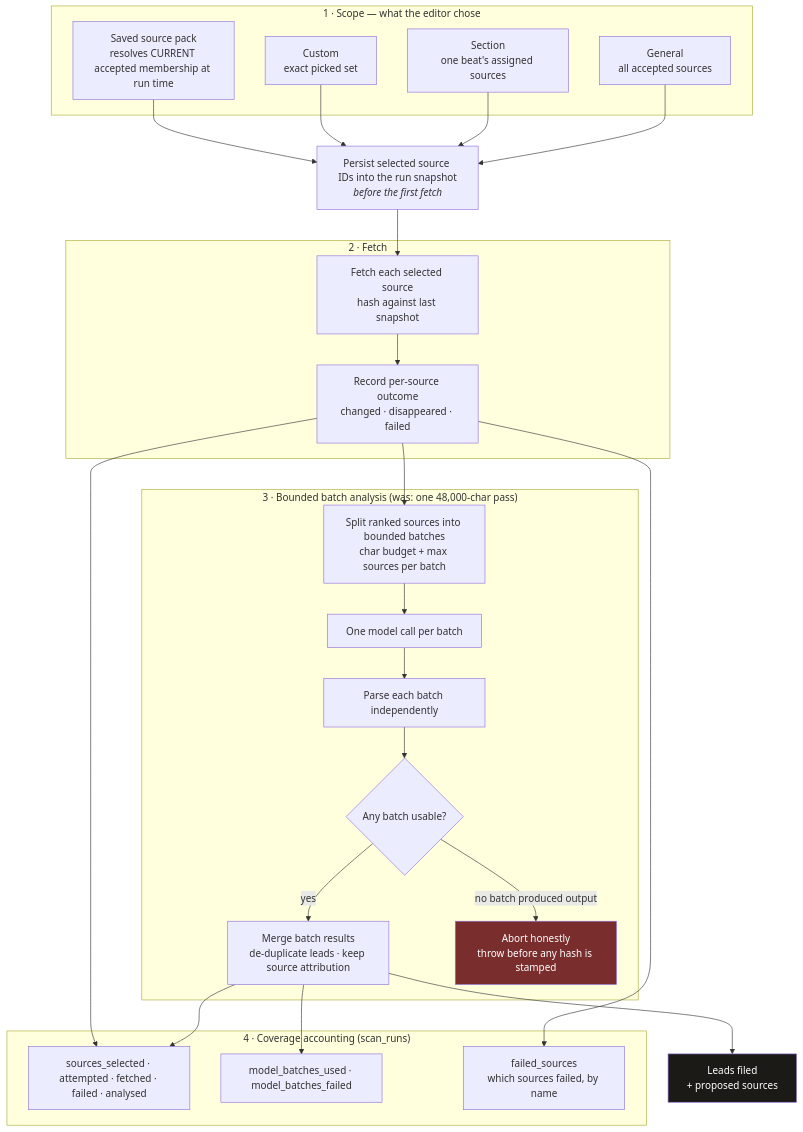
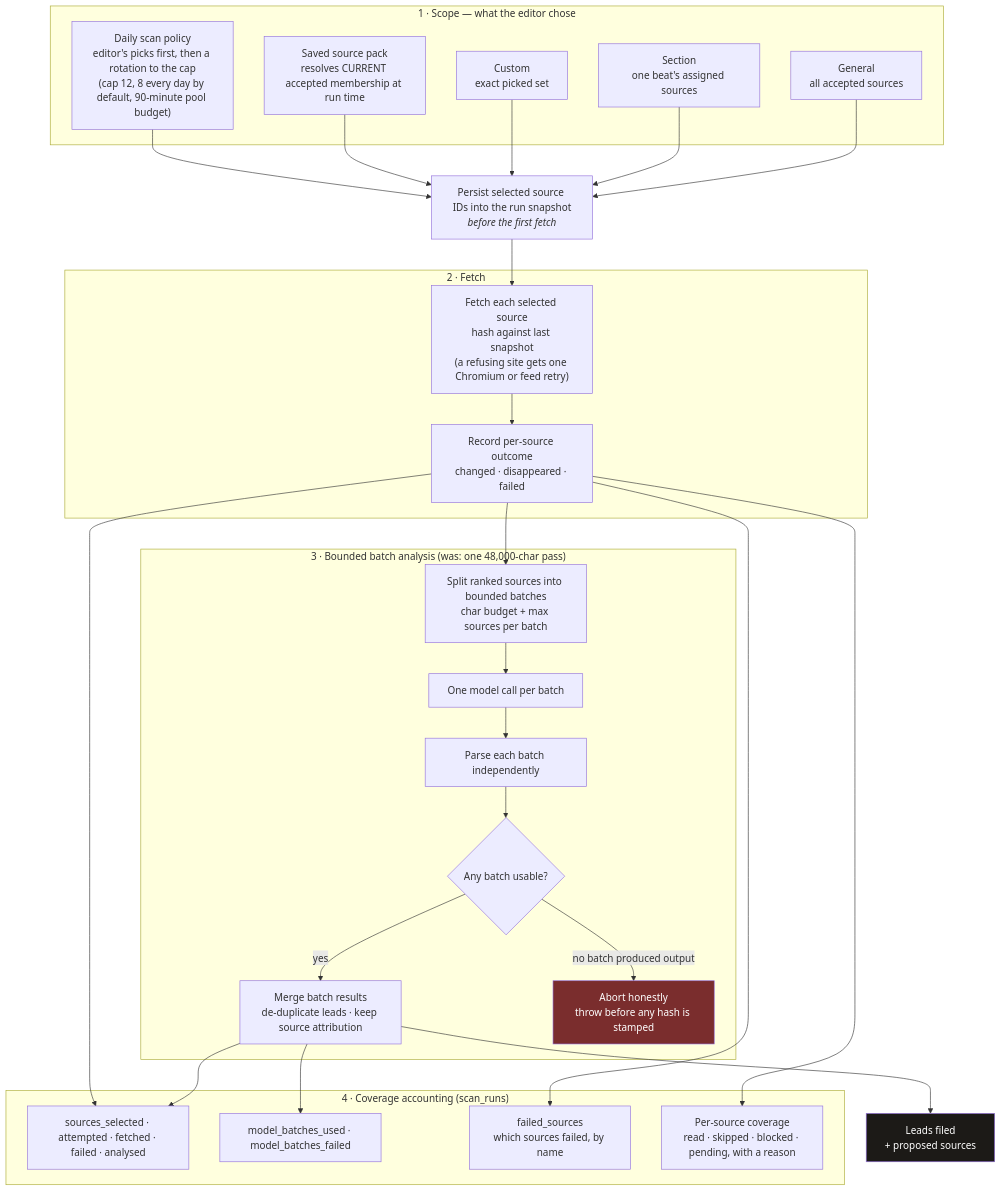
One commit to scottconverse/TownReporter changed the diagram in docs/diagrams/scan-overview.mmd. Above: the diagram before and after it, drawn with Mermaid. The commit also changed 51 other files, not shown here.

First line of the commit message:
docs: 0.6.84 release docs - full user manual, landing page, README, guides, diagrams

```diff
--- a/docs/diagrams/scan-overview.mmd
+++ b/docs/diagrams/scan-overview.mmd
@@ -1,52 +1,56 @@
 flowchart TB
     subgraph scope["1 · Scope — what the editor chose"]
         GEN["General<br/>all accepted sources"]
         SEC["Section<br/>one beat's assigned sources"]
         CUS["Custom<br/>exact picked set"]
         PACK["Saved source pack<br/>resolves CURRENT accepted membership at run time"]
+        DAILY["Daily scan policy<br/>editor's picks first, then a rotation to the cap<br/>(cap 12, 8 every day by default, 90-minute pool budget)"]
     end
 
     SNAP["Persist selected source IDs into the run snapshot<br/><i>before the first fetch</i>"]
 
     subgraph fetch["2 · Fetch"]
-        F1["Fetch each selected source<br/>hash against last snapshot"]
+        F1["Fetch each selected source<br/>hash against last snapshot<br/>(a refusing site gets one Chromium or feed retry)"]
         F2["Record per-source outcome<br/>changed · disappeared · failed"]
     end
 
     subgraph batch["3 · Bounded batch analysis (was: one 48,000-char pass)"]
         B1["Split ranked sources into bounded batches<br/>char budget + max sources per batch"]
         B2["One model call per batch"]
         B3["Parse each batch independently"]
         B4{"Any batch usable?"}
         B5["Merge batch results<br/>de-duplicate leads · keep source attribution"]
         B6["Abort honestly<br/>throw before any hash is stamped"]
     end
 
     subgraph acct["4 · Coverage accounting (scan_runs)"]
         A1["sources_selected · attempted · fetched · failed · analysed"]
         A2["model_batches_used · model_batches_failed"]
         A3["failed_sources<br/>which sources failed, by name"]
+        A4["Per-source coverage<br/>read · skipped · blocked · pending, with a reason"]
     end
 
     OUT["Leads filed<br/>+ proposed sources"]
 
     GEN --> SNAP
     SEC --> SNAP
     CUS --> SNAP
     PACK --> SNAP
+    DAILY --> SNAP
     SNAP --> F1
     F1 --> F2
     F2 --> B1
     B1 --> B2
     B2 --> B3
     B3 --> B4
     B4 -->|yes| B5
     B4 -->|no batch produced output| B6
     B5 --> A1
     B5 --> A2
     F2 --> A1
     F2 --> A3
+    F2 --> A4
     B5 --> OUT
 
     style B6 fill:#7a2d2d,color:#fff
     style OUT fill:#1c1a17,color:#fff
```
